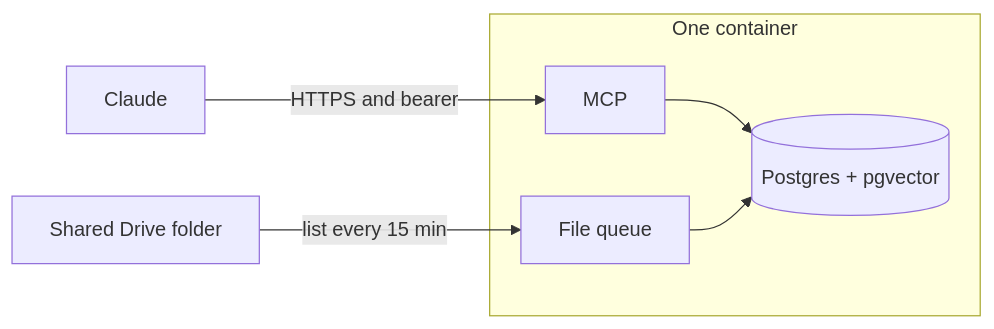
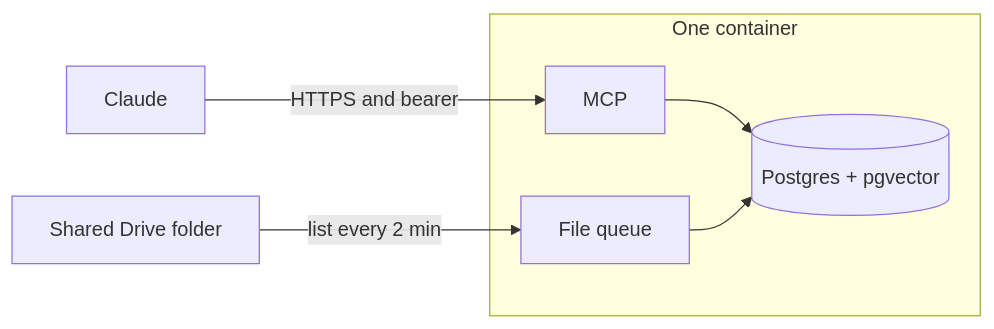
The first of 2 diagrams in docs/tech-specs.md (meteordefect/memory-system), drawn with Mermaid before and after one commit. The commit also changed other lines of this file and 3 other files, not shown here.

First line of the commit message:
Check the Drive folder every 2 minutes.

````diff
--- a/docs/tech-specs.md
+++ b/docs/tech-specs.md
@@ -7,16 +7,16 @@
 ```mermaid
 flowchart LR
   Claude["Claude"]
   Drive["Shared Drive folder"]
 
   subgraph box ["One container"]
     MCP["MCP"]
     Q["File queue"]
     DB[("Postgres + pgvector")]
     MCP --> DB
     Q --> DB
   end
 
   Claude -->|"HTTPS and bearer"| MCP
-  Drive -->|"list every 15 min"| Q
+  Drive -->|"list every 2 min"| Q
 ```
````
